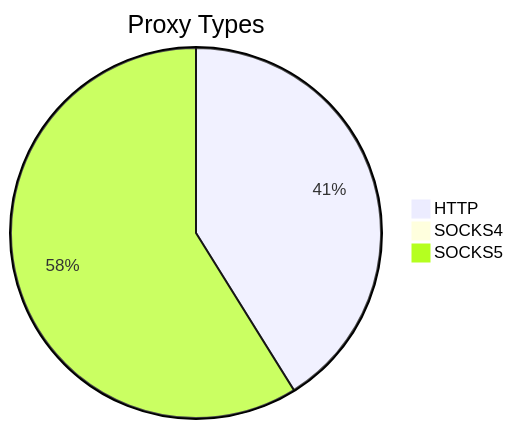
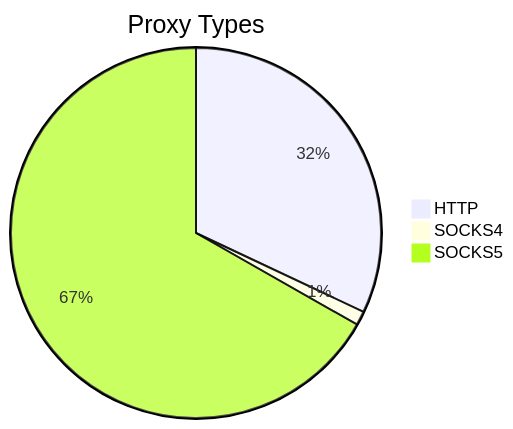
Before and after one commit to stormsia/proxy-list: the first of 2 diagrams in README.md, drawn with Mermaid. The commit also changed other lines of this file, not shown here.

````diff
--- a/README.md
+++ b/README.md
@@ -21,6 +21,6 @@
 ```mermaid
 pie title Proxy Types
-    "HTTP" : 907
-    "SOCKS4" : 16
-    "SOCKS5" : 1298
+    "HTTP" : 833
+    "SOCKS4" : 32
+    "SOCKS5" : 1738
 ```
````
